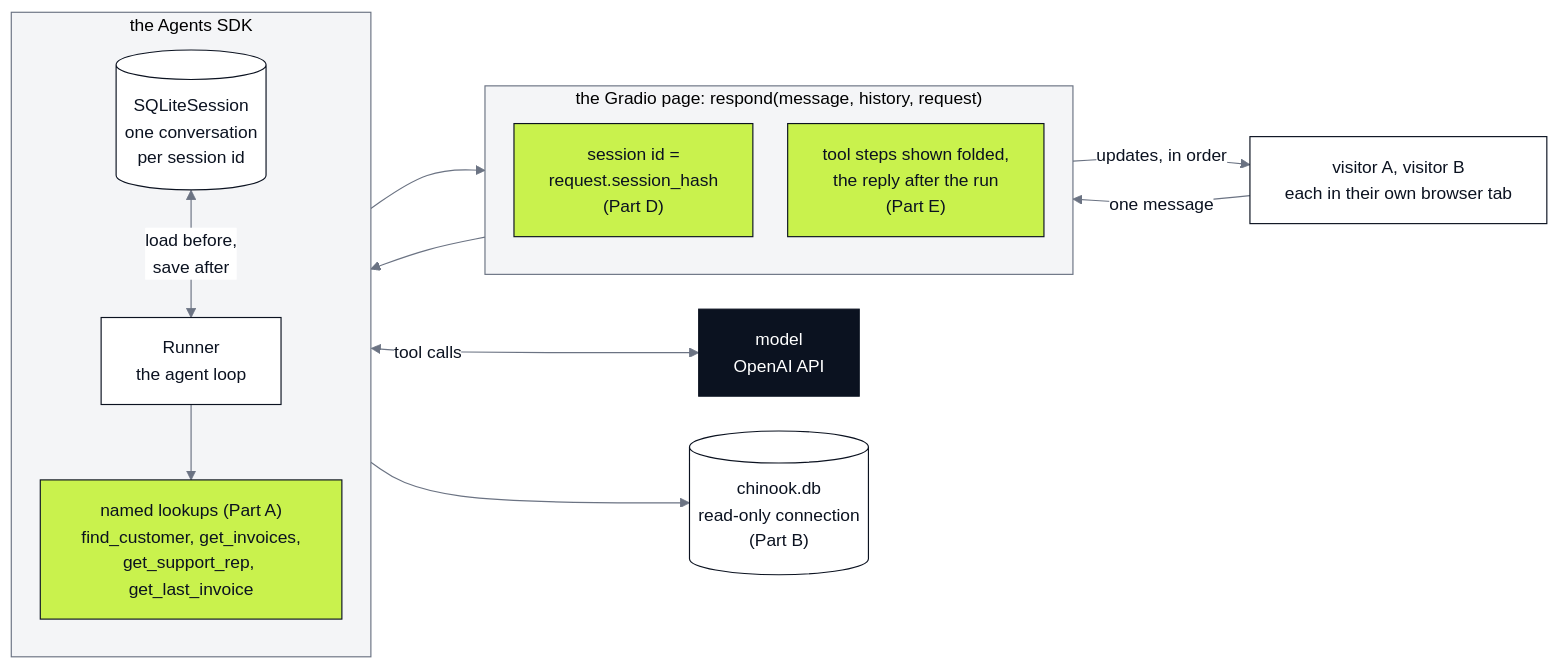
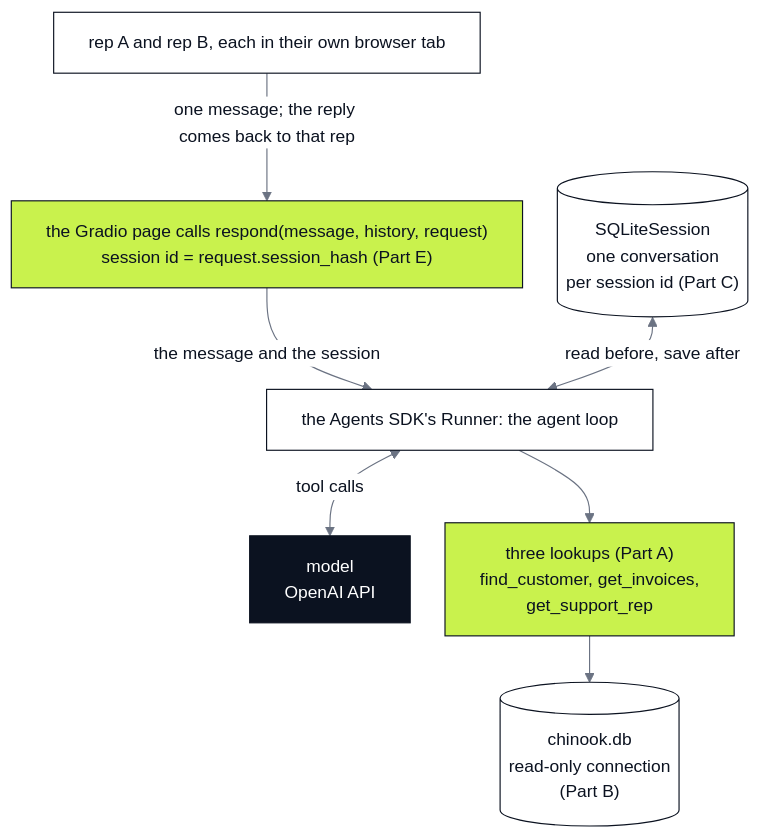
The diagram in 15_Support_Desk_Agent/resources/lab15_page_flow.mmd (tatwan/ai_agents_course), drawn with Mermaid before and after one commit. The commit also changed 11 other files, not shown here.

First line of the commit message:
Lab 15: rebuild the support desk as 15a, 15b and a new app.py

```diff
--- a/15_Support_Desk_Agent/resources/lab15_page_flow.mmd
+++ b/15_Support_Desk_Agent/resources/lab15_page_flow.mmd
@@ -1,30 +1,22 @@
-%%{init: {"theme": "base", "flowchart": {"curve": "basis", "nodeSpacing": 30, "rankSpacing": 40}, "themeVariables": {"fontFamily": "IBM Plex Mono, monospace", "fontSize": "15px", "primaryColor": "#FFFFFF", "primaryBorderColor": "#0B1220", "primaryTextColor": "#0B1220", "lineColor": "#6B7383", "clusterBkg": "#F4F5F7", "clusterBorder": "#6B7383"}}}%%
-%% Lab 15: one message from a visitor's browser to the support desk agent and back. The visitor's session picks the
-%% conversation; the agent's tools read the shop database through a read-only connection. Our code lime, the model ink.
+%%{init: {"theme": "base", "flowchart": {"curve": "basis", "nodeSpacing": 30, "rankSpacing": 40, "wrappingWidth": 420}, "themeVariables": {"fontFamily": "IBM Plex Mono, monospace", "fontSize": "15px", "primaryColor": "#FFFFFF", "primaryBorderColor": "#0B1220", "primaryTextColor": "#0B1220", "lineColor": "#6B7383", "clusterBkg": "#F4F5F7", "clusterBorder": "#6B7383"}}}%%
+%% Lab 15, notebook 2: one message from a rep's browser to the support desk agent and back. The rep's session id
+%% picks the conversation; the agent's tools read the shop database through a read-only connection.
+%% Our code lime, the model ink.
 %% Export: npx -y @mermaid-js/mermaid-cli -i lab15_page_flow.mmd -o lab15_page_flow.png -b white -s 2
-flowchart LR
-    visitors["visitor A, visitor B<br/>each in their own browser tab"]
-    subgraph PAGE["the Gradio page: respond(message, history, request)"]
-        direction TB
-        key["session id =<br/>request.session_hash<br/>(Part D)"]
-        steps["tool steps shown folded,<br/>the reply after the run<br/>(Part E)"]
-    end
-    subgraph AGENT["the Agents SDK"]
-        direction TB
-        session[("SQLiteSession<br/>one conversation<br/>per session id")]
-        runner["Runner<br/>the agent loop"]
-        tools["named lookups (Part A)<br/>find_customer, get_invoices,<br/>get_support_rep, get_last_invoice"]
-    end
+flowchart TB
+    reps["rep A and rep B, each in their own browser tab"]
+    respond["the Gradio page calls respond(message, history, request)<br/>session id = request.session_hash (Part E)"]
+    runner["the Agents SDK's Runner: the agent loop"]
+    session[("SQLiteSession<br/>one conversation<br/>per session id (Part C)")]
     model["model<br/>OpenAI API"]
+    tools["three lookups (Part A)<br/>find_customer, get_invoices,<br/>get_support_rep"]
     db[("chinook.db<br/>read-only connection<br/>(Part B)")]
-    visitors -->|one message| key
-    key --> runner
-    session <-->|load before,<br/>save after| runner
-    runner <-->|tool calls| model
+    reps -->|"one message; the reply comes back to that rep"| respond
+    respond -->|"the message and the session"| runner
+    session <-->|"read before, save after"| runner
+    runner <-->|"tool calls"| model
     runner --> tools --> db
-    runner --> steps
-    steps -->|"updates, in order"| visitors
     classDef model fill:#0B1220,color:#FFFFFF,stroke:#0B1220
     classDef code fill:#C9F24D,color:#0B1220,stroke:#0B1220
     class model model
-    class key,steps,tools code
+    class respond,tools code
```
